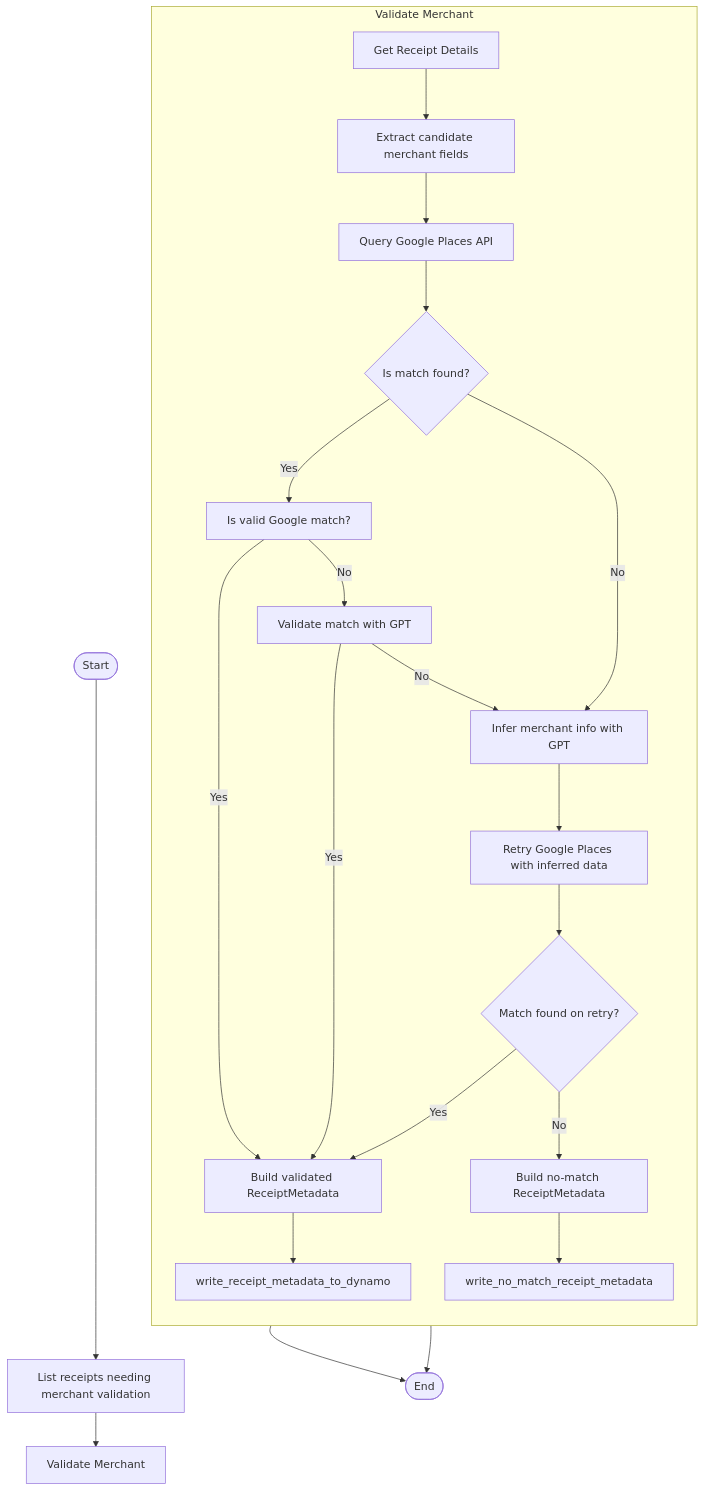
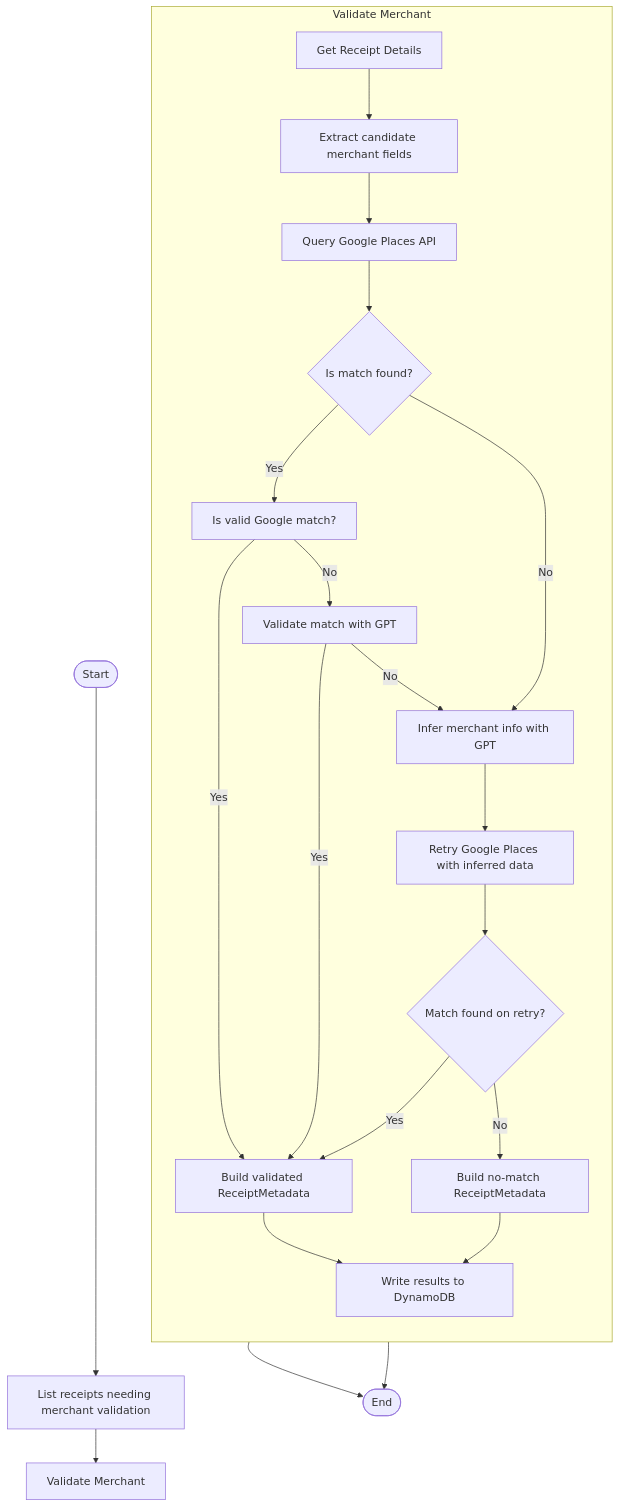
The diagram in receipt_label/receipt_label/merchant_validation/README.md (tnorlund/Portfolio), drawn with Mermaid before and after one commit. The commit also changed other lines of this file and 4 other files, not shown here.

Commit message:
🔨 Finishing up receipt label for metadata validation

````diff
--- a/receipt_label/receipt_label/merchant_validation/README.md
+++ b/receipt_label/receipt_label/merchant_validation/README.md
@@ -71,27 +73,29 @@
 ```mermaid
 flowchart TD
     Start([Start]) --> list_receipts["List receipts needing merchant validation"]
     list_receipts --> ValidateMerchant["Validate Merchant"]
 
     subgraph "Validate Merchant"
         direction TB
         get_receipt_details["Get Receipt Details"] --> extract_candidate_merchant_fields["Extract candidate merchant fields"]
         extract_candidate_merchant_fields --> query_google_places["Query Google Places API"]
         query_google_places --> IsMatchFound{"Is match found?"}
 
         IsMatchFound -- Yes --> is_valid_google_match["Is valid Google match?"]
-        is_valid_google_match -- Yes --> build_receipt_metadata_from_result["Build validated ReceiptMetadata"] --> write_receipt_metadata_to_dynamo
+        is_valid_google_match -- Yes --> build_receipt_metadata_from_result["Build validated ReceiptMetadata"]
+        build_receipt_metadata_from_result --> write_receipt_metadata_to_dynamo["Write results to DynamoDB"]
         is_valid_google_match -- No --> validate_match_with_gpt["Validate match with GPT"]
         validate_match_with_gpt -- Yes --> build_receipt_metadata_from_result
         validate_match_with_gpt -- No --> InferWithGPT["Infer merchant info with GPT"]
 
         IsMatchFound -- No --> InferWithGPT
         InferWithGPT --> retry_google_search_with_inferred_data["Retry Google Places with inferred data"]
         retry_google_search_with_inferred_data --> IsRetryMatchFound{"Match found on retry?"}
         IsRetryMatchFound -- Yes --> build_receipt_metadata_from_result
-        IsRetryMatchFound -- No --> build_receipt_metadata_from_result_no_match["Build no-match ReceiptMetadata"] --> write_no_match_receipt_metadata
+        IsRetryMatchFound -- No --> build_receipt_metadata_from_result_no_match["Build no-match ReceiptMetadata"]
+        build_receipt_metadata_from_result_no_match --> write_receipt_metadata_to_dynamo
     end
 
     write_receipt_metadata_to_dynamo --> End([End])
-    write_no_match_receipt_metadata --> End([End])
+    write_receipt_metadata_to_dynamo --> End([End])
 ```
````
